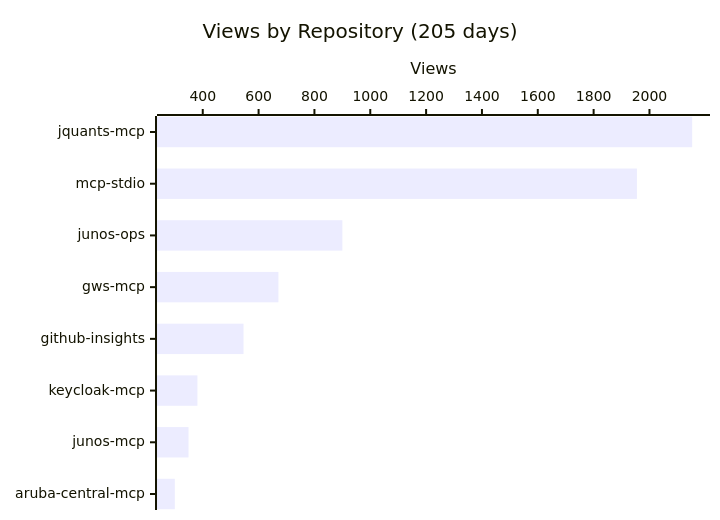
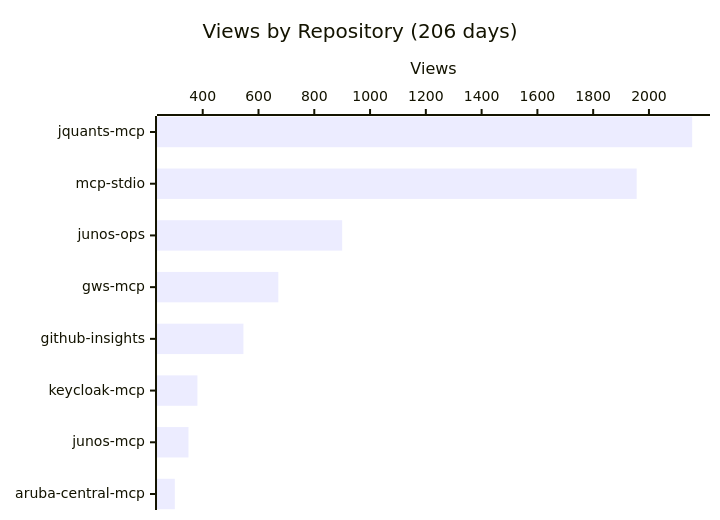
One commit to shigechika/github-insights changed the first of 4 diagrams in README.md. Above: the diagram before and after it, drawn with Mermaid. The commit also changed other lines of this file and 2 other files, not shown here.

````diff
--- a/README.md
+++ b/README.md
@@ -18,7 +18,7 @@
 ```mermaid
 xychart-beta horizontal
-    title "Views by Repository (205 days)"
+    title "Views by Repository (206 days)"
     x-axis ["jquants-mcp", "mcp-stdio", "junos-ops", "gws-mcp", "github-insights", "keycloak-mcp", "junos-mcp", "aruba-central-mcp"]
     y-axis "Views"
-    bar [2153, 1955, 900, 671, 546, 381, 349, 300]
+    bar [2155, 1956, 900, 671, 546, 381, 349, 300]
 ```
````
